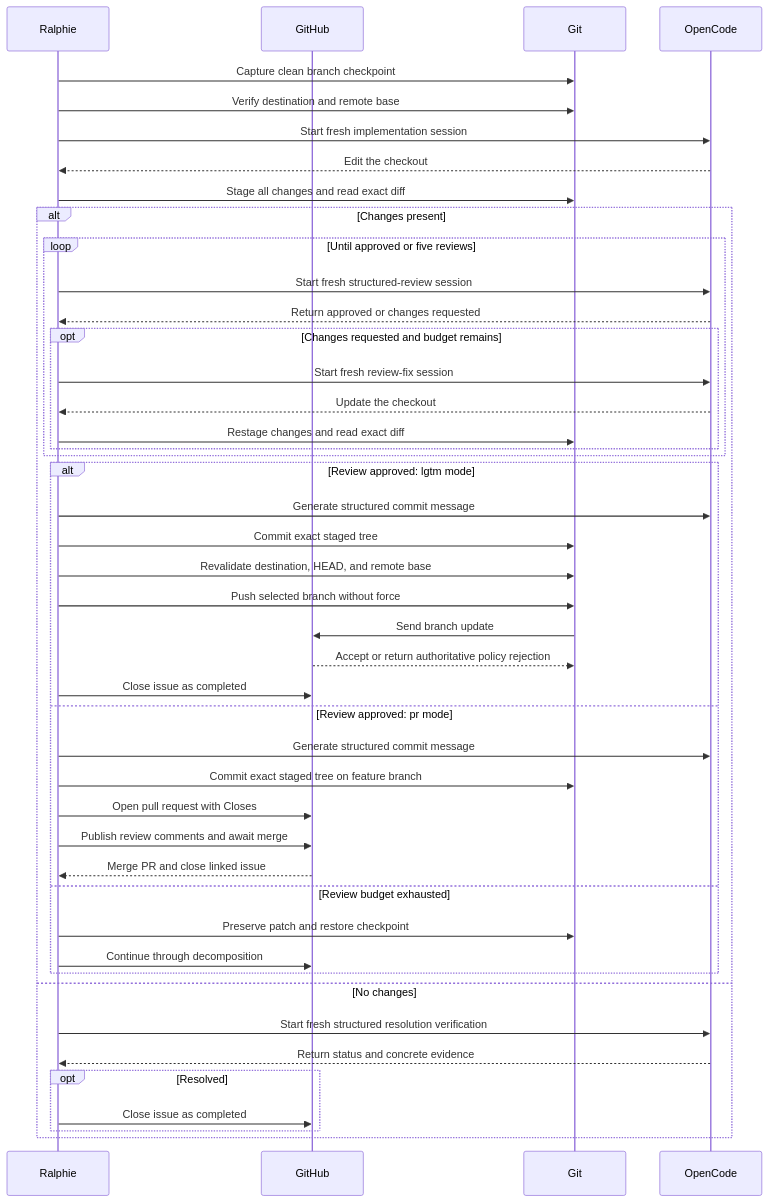
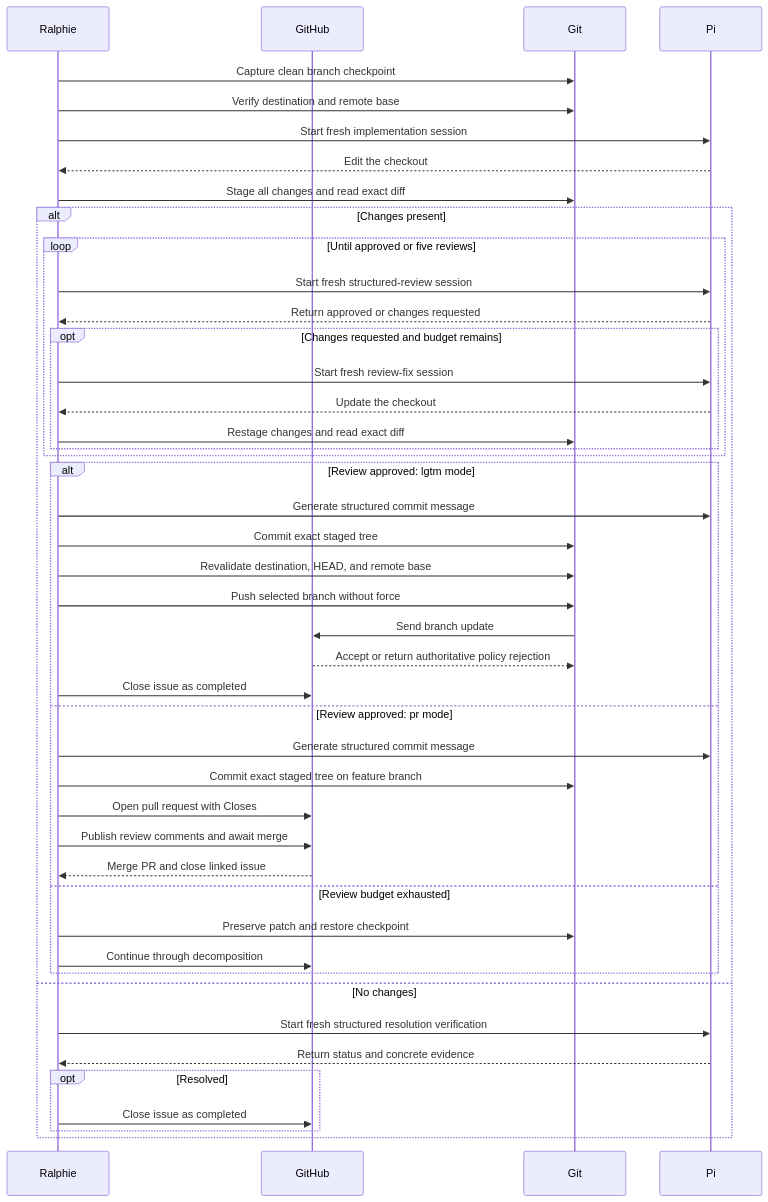
The second of 5 diagrams in README.md (beremaran/ralphie), drawn with Mermaid before and after one commit. The commit also changed other lines of this file and 2 other files, not shown here.

First line of the commit message:
docs: update OpenCode references to Pi

````diff
--- a/README.md
+++ b/README.md
@@ -186,49 +186,49 @@
 ```mermaid
 sequenceDiagram
     participant R as Ralphie
     participant GH as GitHub
     participant G as Git
-    participant O as OpenCode
+    participant O as Pi
 
     R->>G: Capture clean branch checkpoint
     R->>G: Verify destination and remote base
     R->>O: Start fresh implementation session
     O-->>R: Edit the checkout
     R->>G: Stage all changes and read exact diff
 
     alt Changes present
         loop Until approved or five reviews
             R->>O: Start fresh structured-review session
             O-->>R: Return approved or changes requested
             opt Changes requested and budget remains
                 R->>O: Start fresh review-fix session
                 O-->>R: Update the checkout
                 R->>G: Restage changes and read exact diff
             end
         end
     alt Review approved: lgtm mode
             R->>O: Generate structured commit message
             R->>G: Commit exact staged tree
             R->>G: Revalidate destination, HEAD, and remote base
             R->>G: Push selected branch without force
             G->>GH: Send branch update
             GH-->>G: Accept or return authoritative policy rejection
             R->>GH: Close issue as completed
         else Review approved: pr mode
             R->>O: Generate structured commit message
             R->>G: Commit exact staged tree on feature branch
             R->>GH: Open pull request with Closes #issue
             R->>GH: Publish review comments and await merge
             GH-->>R: Merge PR and close linked issue
         else Review budget exhausted
             R->>G: Preserve patch and restore checkpoint
             R->>GH: Continue through decomposition
         end
     else No changes
         R->>O: Start fresh structured resolution verification
         O-->>R: Return status and concrete evidence
         opt Resolved
             R->>GH: Close issue as completed
         end
     end
 ```
````
